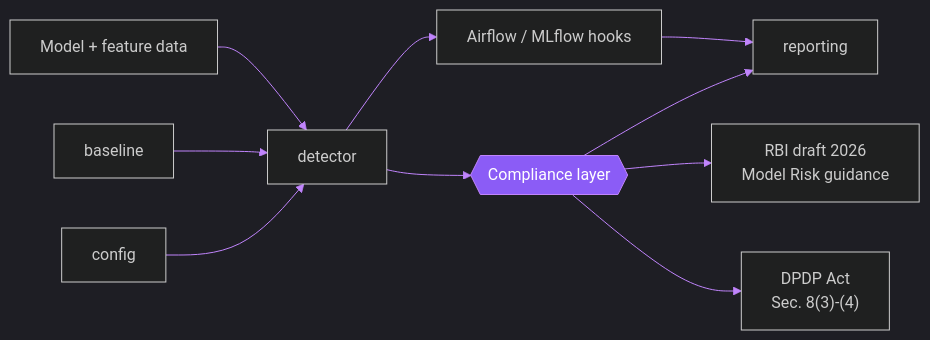
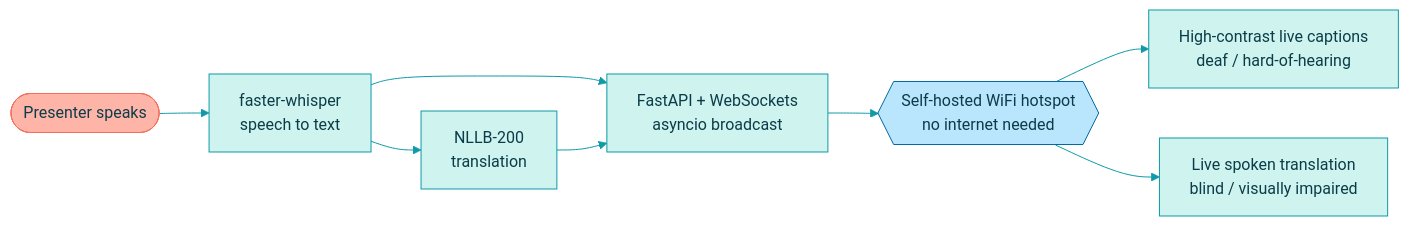
One commit to khushi-070906/khushi-070906 changed the third of 5 diagrams in README.md. Above: the diagram before and after it, drawn with Mermaid. The commit also changed other lines of this file and 14 other files, not shown here.

````diff
--- a/README.md
+++ b/README.md
@@ -70,14 +84,13 @@
 ```mermaid
-%%{init: {'theme':'dark','themeVariables':{'primaryColor':'#4A00E0','primaryTextColor':'#ffffff','primaryBorderColor':'#8B5CF6','lineColor':'#C084FC','fontFamily':'monospace'}}}%%
+%%{init: {'theme':'base','themeVariables':{'primaryColor':'#CFF3EE','primaryTextColor':'#0B3C49','primaryBorderColor':'#0E9AA7','lineColor':'#0E9AA7','secondaryColor':'#FFE8C2','tertiaryColor':'#FFF6E5','fontFamily':'monospace'}}}%%
 flowchart LR
-    A["Model + feature data"] --> C["detector"]
-    B["baseline"] --> C
-    G["config"] --> C
-    C --> D["Airflow / MLflow hooks"]
-    D --> E["reporting"]
-    C --> F{{"Compliance layer"}}
-    F --> H["RBI draft 2026<br/>Model Risk guidance"]
-    F --> I["DPDP Act<br/>Sec. 8(3)-(4)"]
-    F --> E
-    style F fill:#8B5CF6,stroke:#C084FC,color:#fff
+    A(["Presenter speaks"]) --> B["faster-whisper<br/>speech to text"]
+    B --> C["NLLB-200<br/>translation"]
+    B --> D["FastAPI + WebSockets<br/>asyncio broadcast"]
+    C --> D
+    D --> E{{"Self-hosted WiFi hotspot<br/>no internet needed"}}
+    E --> F["High-contrast live captions<br/>deaf / hard-of-hearing"]
+    E --> G["Live spoken translation<br/>blind / visually impaired"]
+    style A fill:#FFB4A8,stroke:#F2705E,color:#0B3C49
+    style E fill:#BAE6FD,stroke:#0369A1,color:#0B3C49
 ```
````
